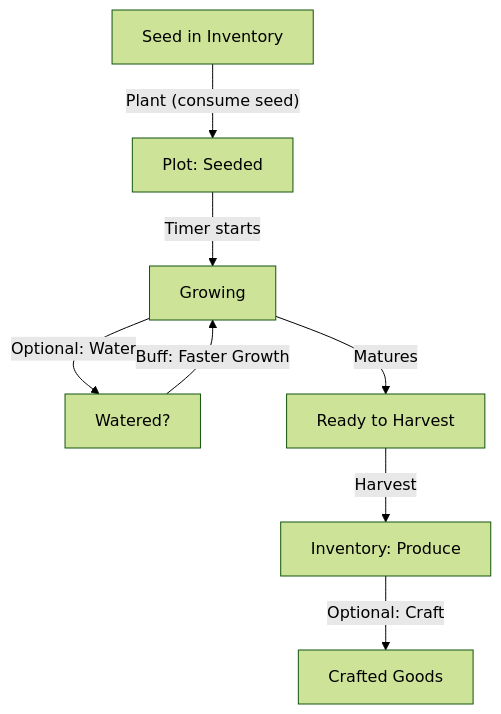
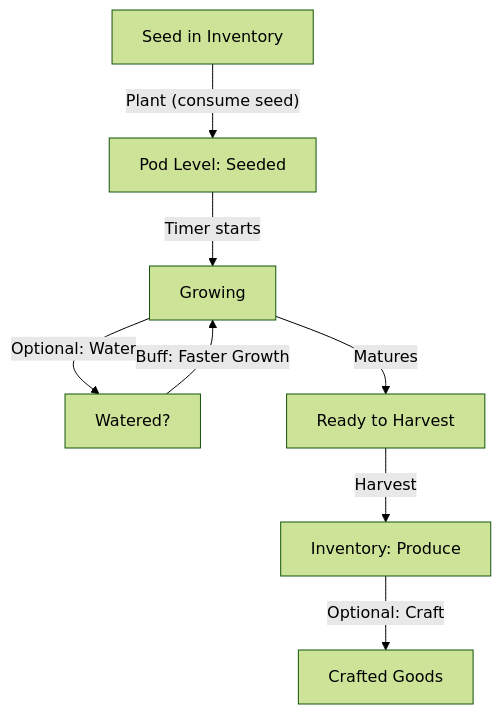
One commit to jermbo/AstroHarvest changed the diagram in docs/TDD-Crops.md. Above: the diagram before and after it, drawn with Mermaid (forest theme). The commit also changed other lines of this file and 13 other files, not shown here.

````diff
--- a/docs/TDD-Crops.md
+++ b/docs/TDD-Crops.md
@@ -7,18 +23,18 @@
 ```mermaid
 flowchart TD
   A[Seed in Inventory]
-  B[Plot: Seeded]
+  B[Pod Level: Seeded]
   C[Growing]
   W[Watered?]
   D[Ready to Harvest]
   E[Inventory: Produce]
   F[Crafted Goods]
 
   A -- "Plant (consume seed)" --> B
   B -- "Timer starts" --> C
   C -- "Optional: Water" --> W
   W -- "Buff: Faster Growth" --> C
   C -- "Matures" --> D
   D -- "Harvest" --> E
   E -- "Optional: Craft" --> F
 ```
````
